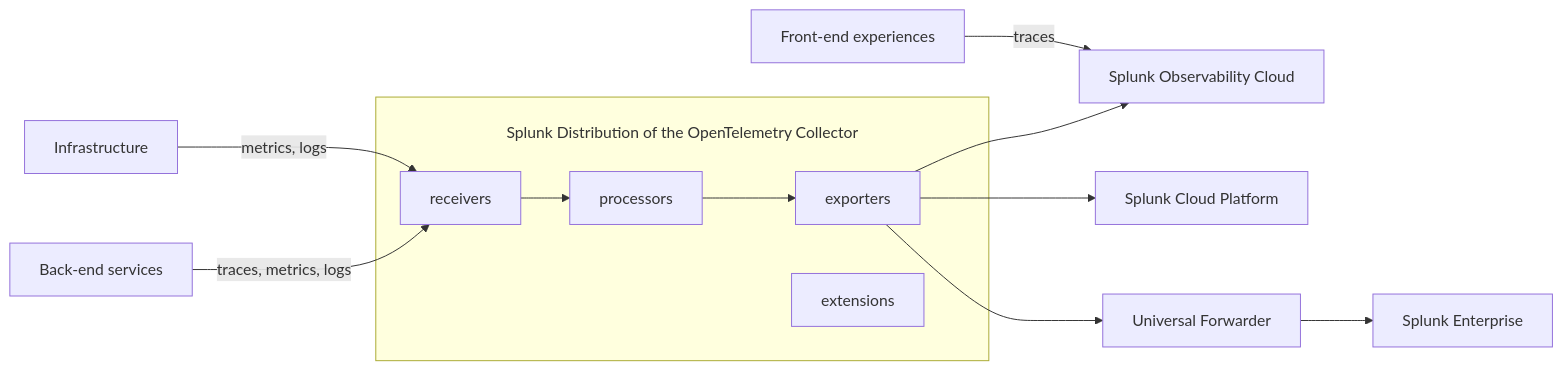
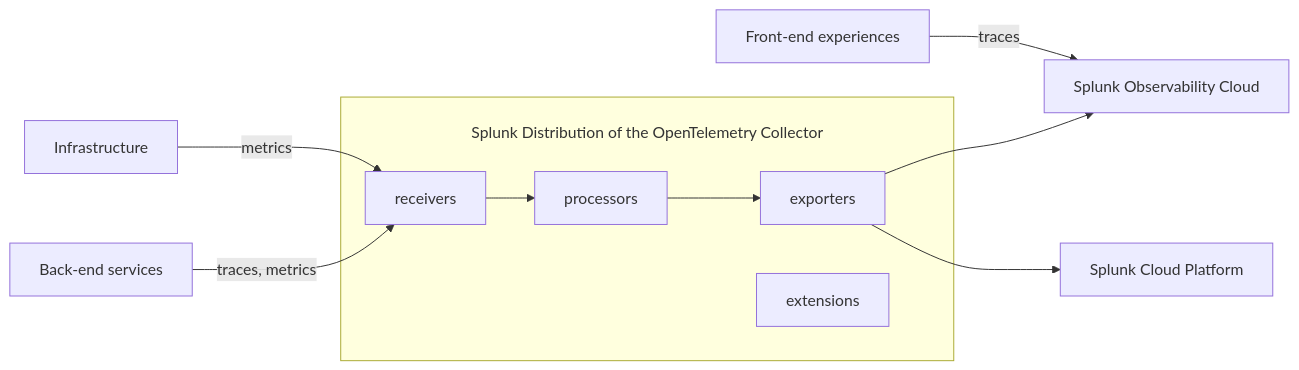
Before and after one commit to splunk/public-o11y-docs: the second of 2 diagrams in gdi/opentelemetry/opentelemetry.rst, drawn with Mermaid. The commit also changed other lines of this file, not shown here.

```diff
--- a/gdi/opentelemetry/opentelemetry.rst
+++ b/gdi/opentelemetry/opentelemetry.rst
@@ -121,26 +121,23 @@
 .. mermaid::
   
   flowchart LR
 
     accTitle: Splunk Distribution of the OpenTelemetry Collector diagram.
     accDescr: The Splunk Distribution of the OpenTelemetry Collector contains receivers, processors, exporters, and extensions. Receivers gather metrics and logs from infrastructure, and metrics, traces, and logs from back-end applications. Receivers send data to processors, and processors send data to exporters. Exporters send data to Splunk Observability Cloud and Splunk Cloud Platform. Front-end experiences send data directly to Splunk Observability Cloud through RUM instrumentation.
 
     subgraph "\nSplunk Distribution of the OpenTelemetry Collector"
     receivers
     processors
     exporters
     extensions
     end
 
-    Infrastructure -- "metrics, logs" --> receivers
-    B[Back-end services] -- "traces, metrics, logs" --> receivers
+    Infrastructure -- "metrics" --> receivers
+    B[Back-end services] -- "traces, metrics" --> receivers
     C[Front-end experiences] -- "traces" --> S[Splunk Observability Cloud]
 
     receivers --> processors
     processors --> exporters
 
     exporters --> S[Splunk Observability Cloud]
     exporters --> P[Splunk Cloud Platform]
-    exporters --> Q[Universal Forwarder] 
-
-    Q[Universal Forwarder] --> U[Splunk Enterprise]
```
